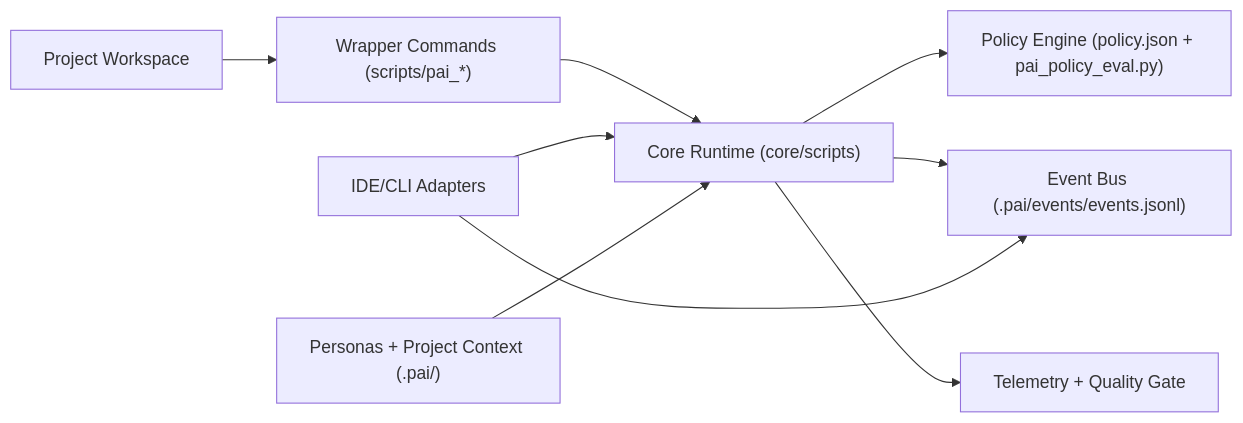
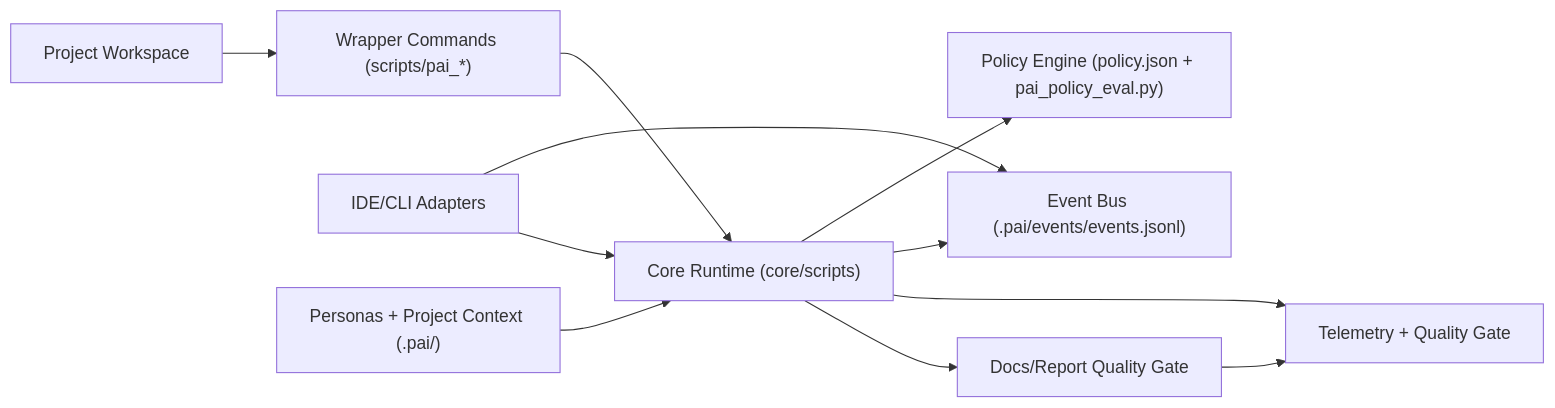
The first of 3 diagrams in README.md (akashagl92/ide-agnostic-agent-orchestrator), drawn with Mermaid before and after one commit. The commit also changed other lines of this file and 7 other files, not shown here.

Commit message:
Add docs/report quality gate with pre-commit enforcement

````diff
--- a/README.md
+++ b/README.md
@@ -20,11 +20,13 @@
 ```mermaid
 flowchart LR
     A["Project Workspace"] --> B["Wrapper Commands (scripts/pai_*)"]
     B --> C["Core Runtime (core/scripts)"]
     C --> D["Policy Engine (policy.json + pai_policy_eval.py)"]
     C --> E["Event Bus (.pai/events/events.jsonl)"]
     C --> F["Telemetry + Quality Gate"]
+    C --> Q["Docs/Report Quality Gate"]
     G["IDE/CLI Adapters"] --> E
     G --> C
     H["Personas + Project Context (.pai/)"] --> C
+    Q --> F
 ```
````
